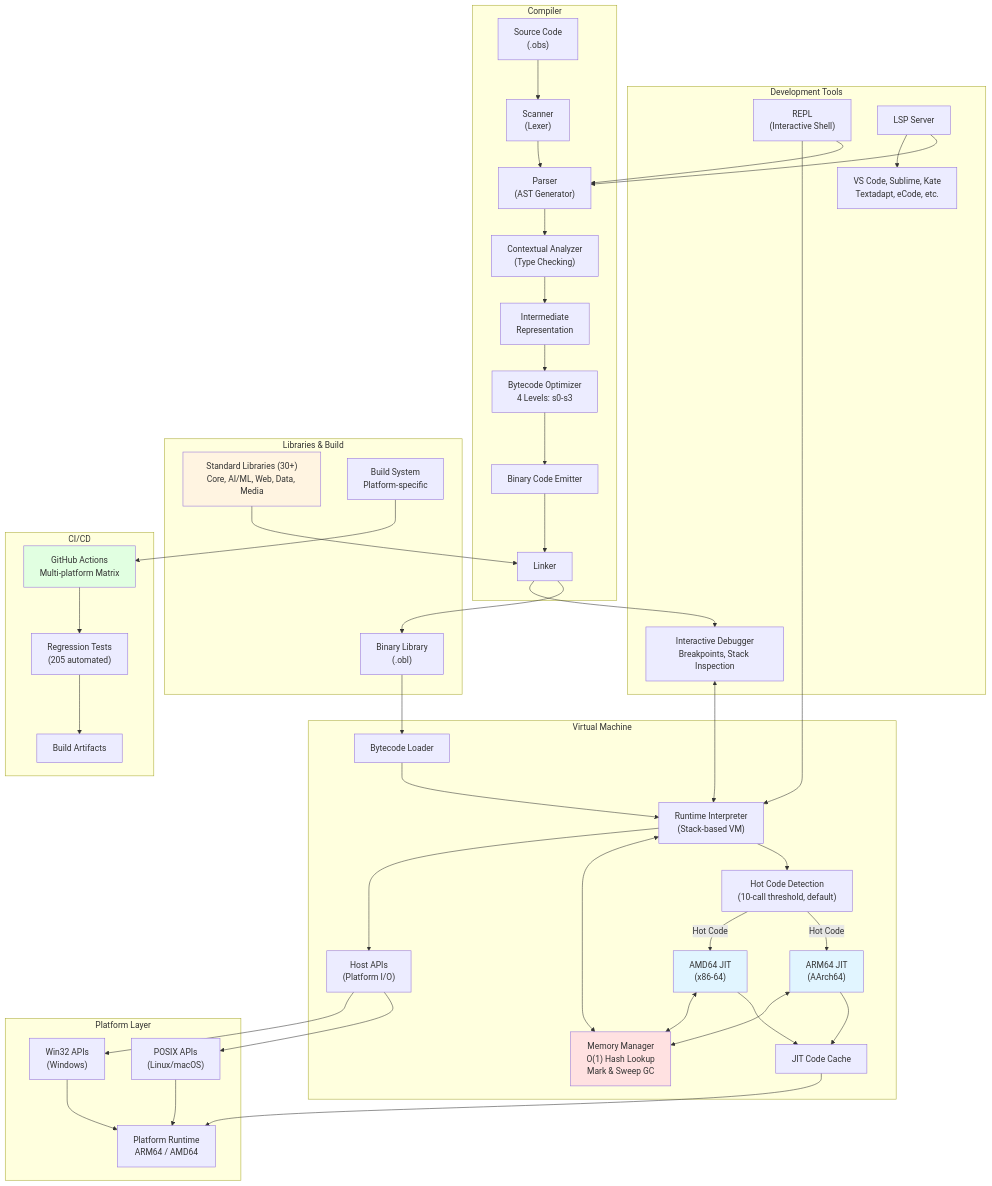
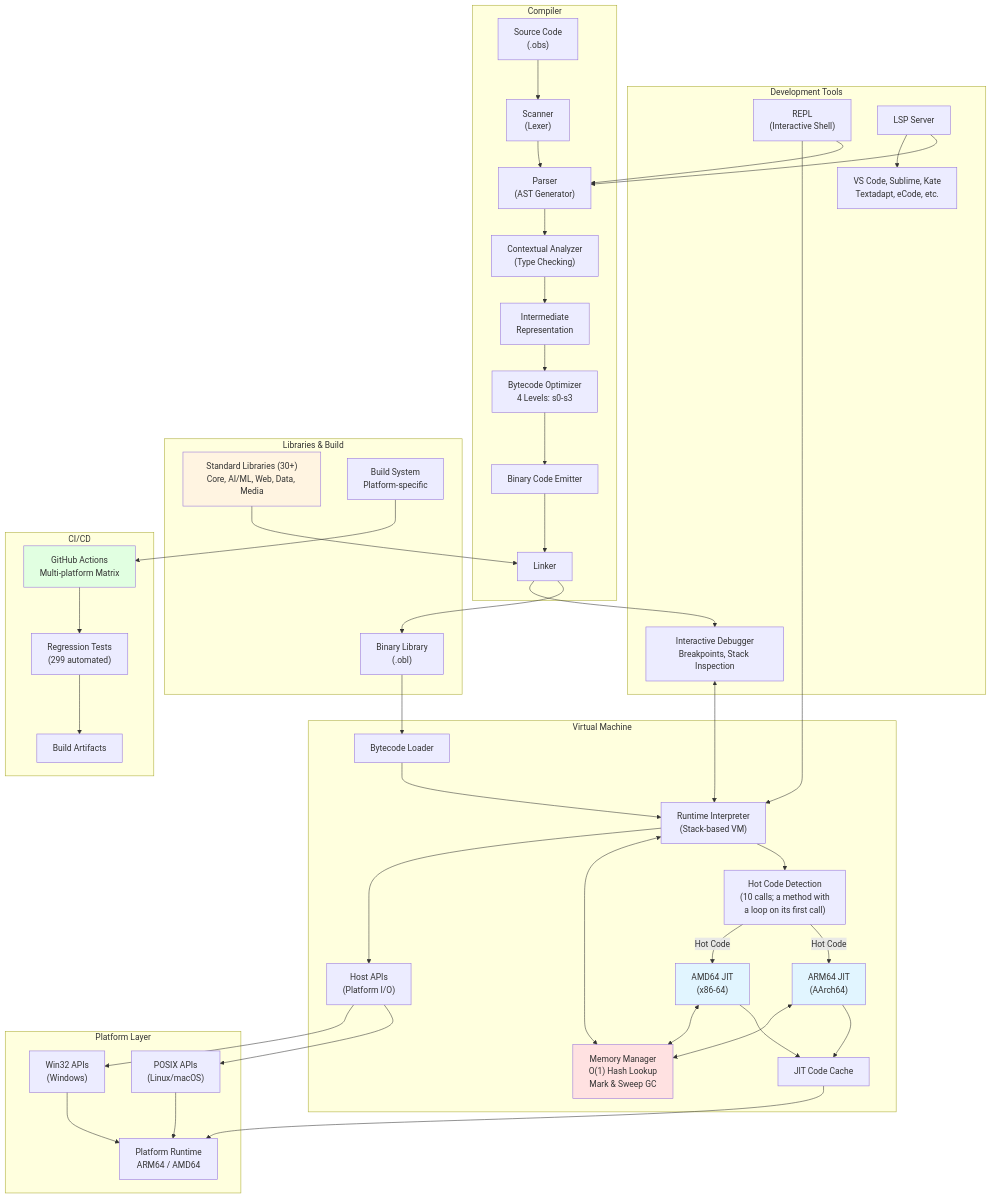
The first of 24 diagrams in docs/architecture.md (objeck/objeck-lang), drawn with Mermaid before and after one commit. The commit also changed other lines of this file and 8 other files, not shown here.

First line of the commit message:
docs: refresh architecture, JIT and index docs

```diff
--- a/docs/architecture.md
+++ b/docs/architecture.md
@@ -54,7 +54,7 @@
     subgraph "Virtual Machine"
         Loader["Bytecode Loader"]
         Interpreter["Runtime Interpreter<br/>(Stack-based VM)"]
-        HotCode["Hot Code Detection<br/>(10-call threshold, default)"]
+        HotCode["Hot Code Detection<br/>(10 calls; a method with<br/>a loop on its first call)"]
         JIT_ARM["ARM64 JIT<br/>(AArch64)"]
         JIT_AMD["AMD64 JIT<br/>(x86-64)"]
         CodeCache["JIT Code Cache"]
@@ -70,7 +70,7 @@
 
     subgraph "CI/CD"
         GHA["GitHub Actions<br/>Multi-platform Matrix"]
-        Tests["Regression Tests<br/>(205 automated)"]
+        Tests["Regression Tests<br/>(299 automated)"]
         Artifacts["Build Artifacts"]
     end
 
```
